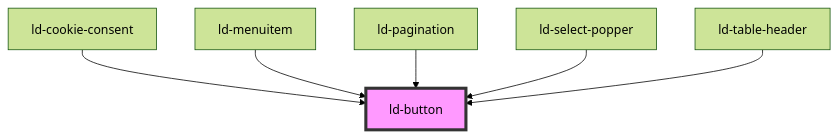
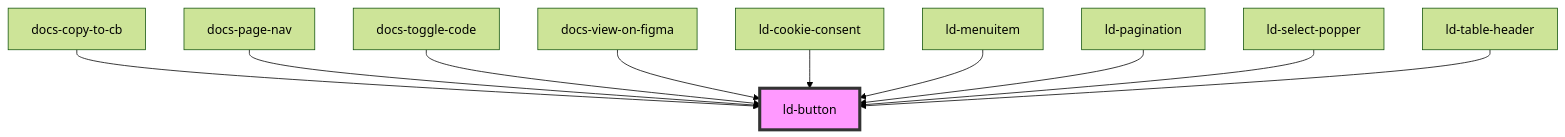
One commit to emdgroup-liquid/liquid changed the diagram in src/liquid/components/ld-button/readme.md. Above: the diagram before and after it, drawn with Mermaid (forest theme). The commit also changed other lines of this file and 16 other files, not shown here.

````diff
--- a/src/liquid/components/ld-button/readme.md
+++ b/src/liquid/components/ld-button/readme.md
@@ -693,9 +697,13 @@
 ```mermaid
 graph TD;
+  docs-copy-to-cb --> ld-button
+  docs-page-nav --> ld-button
+  docs-toggle-code --> ld-button
+  docs-view-on-figma --> ld-button
   ld-cookie-consent --> ld-button
   ld-menuitem --> ld-button
   ld-pagination --> ld-button
   ld-select-popper --> ld-button
   ld-table-header --> ld-button
   style ld-button fill:#f9f,stroke:#333,stroke-width:4px
 ```
````
